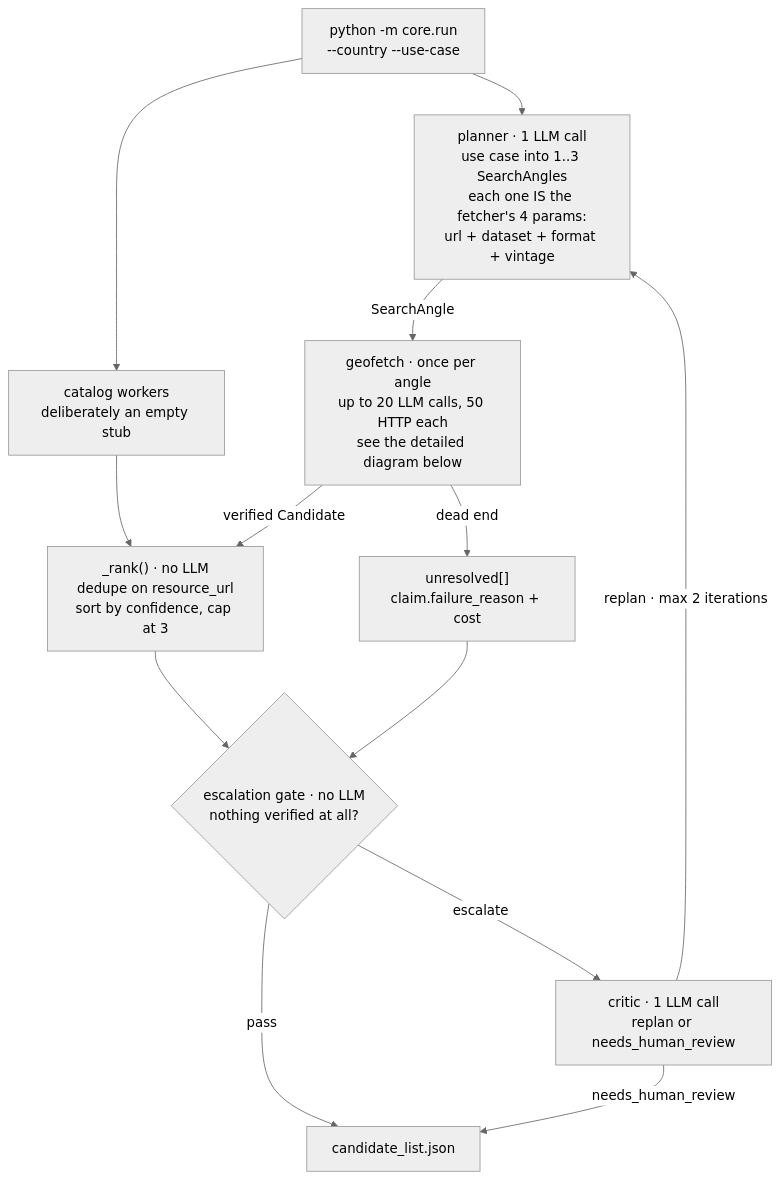
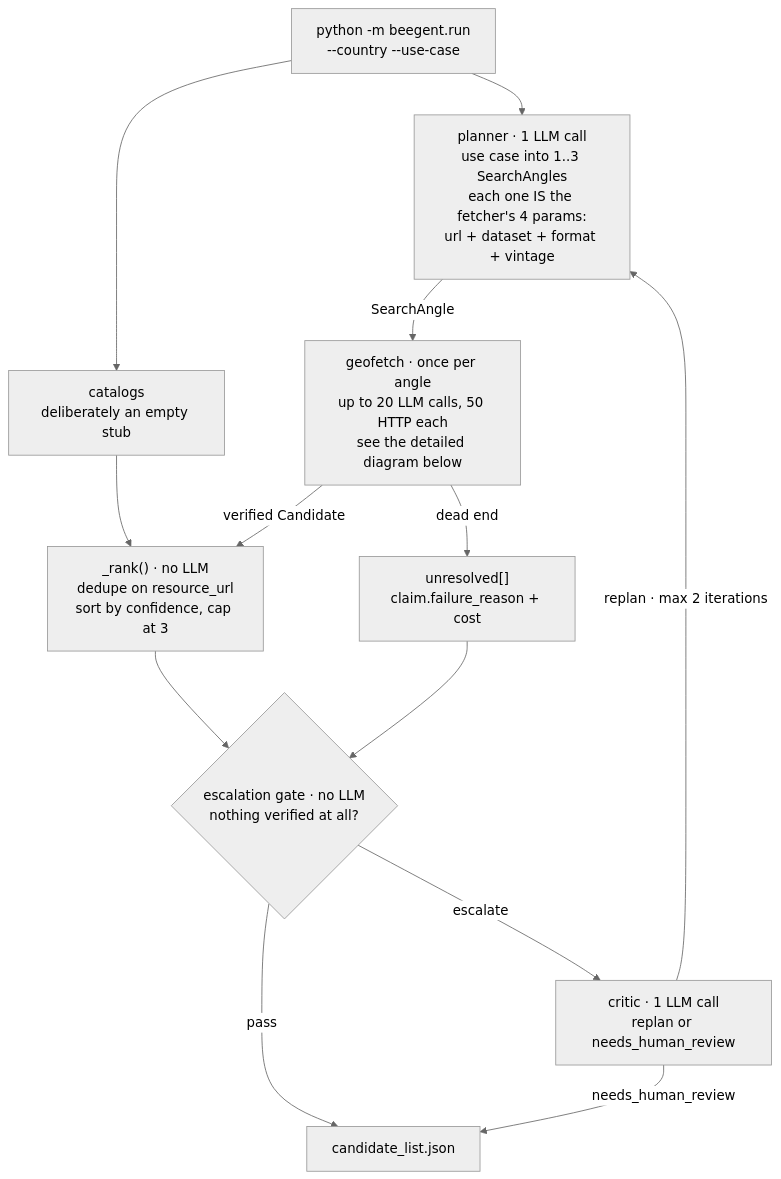
One commit to CommanderWahid/beegent changed the first of 2 diagrams in README.md. Above: the diagram before and after it, drawn with Mermaid (neutral theme). The commit also changed other lines of this file and 23 other files, not shown here.

````diff
--- a/README.md
+++ b/README.md
@@ -33,25 +33,25 @@
 ```mermaid
 flowchart TD
-    IN["python -m core.run<br/>--country --use-case"]
+    IN["python -m beegent.run<br/>--country --use-case"]
     PLAN["planner · 1 LLM call<br/>use case into 1..3 SearchAngles<br/>each one IS the fetcher's 4 params:<br/>url + dataset + format + vintage"]
-    CAT["catalog workers<br/>deliberately an empty stub"]
+    CAT["catalogs<br/>deliberately an empty stub"]
     GF["geofetch · once per angle<br/>up to 20 LLM calls, 50 HTTP each<br/>see the detailed diagram below"]
     RANK["_rank() · no LLM<br/>dedupe on resource_url<br/>sort by confidence, cap at 3"]
     GATE{"escalation gate · no LLM<br/>nothing verified at all?"}
     CRITIC["critic · 1 LLM call<br/>replan or needs_human_review"]
     UNRES["unresolved[]<br/>claim.failure_reason + cost"]
     OUT["candidate_list.json"]
 
     IN --> PLAN
     IN --> CAT
     PLAN -->|SearchAngle| GF
     CAT --> RANK
     GF -->|verified Candidate| RANK
     GF -->|dead end| UNRES
     RANK --> GATE
     UNRES --> GATE
     GATE -->|pass| OUT
     GATE -->|escalate| CRITIC
     CRITIC -->|replan · max 2 iterations| PLAN
     CRITIC -->|needs_human_review| OUT
 ```
````
